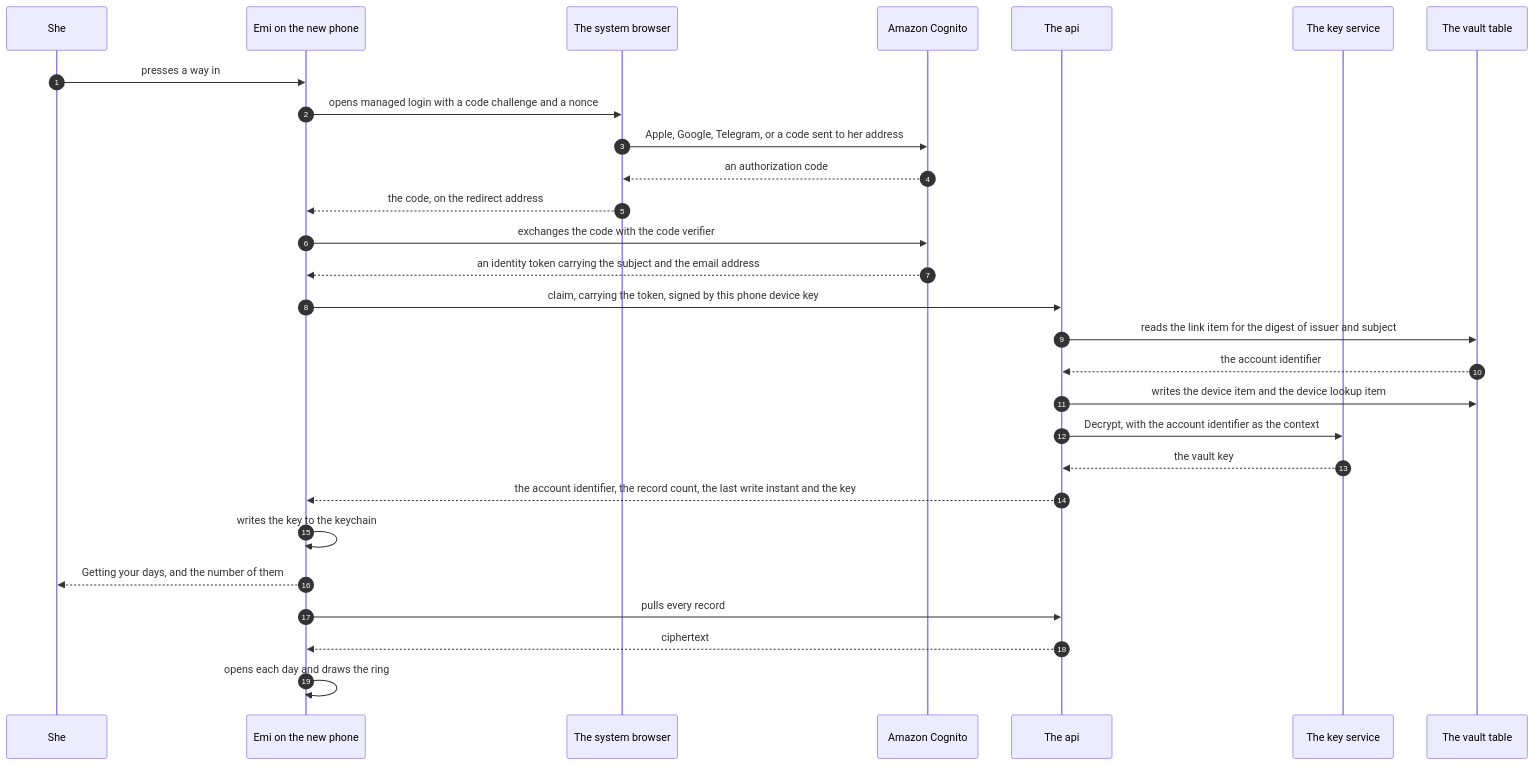
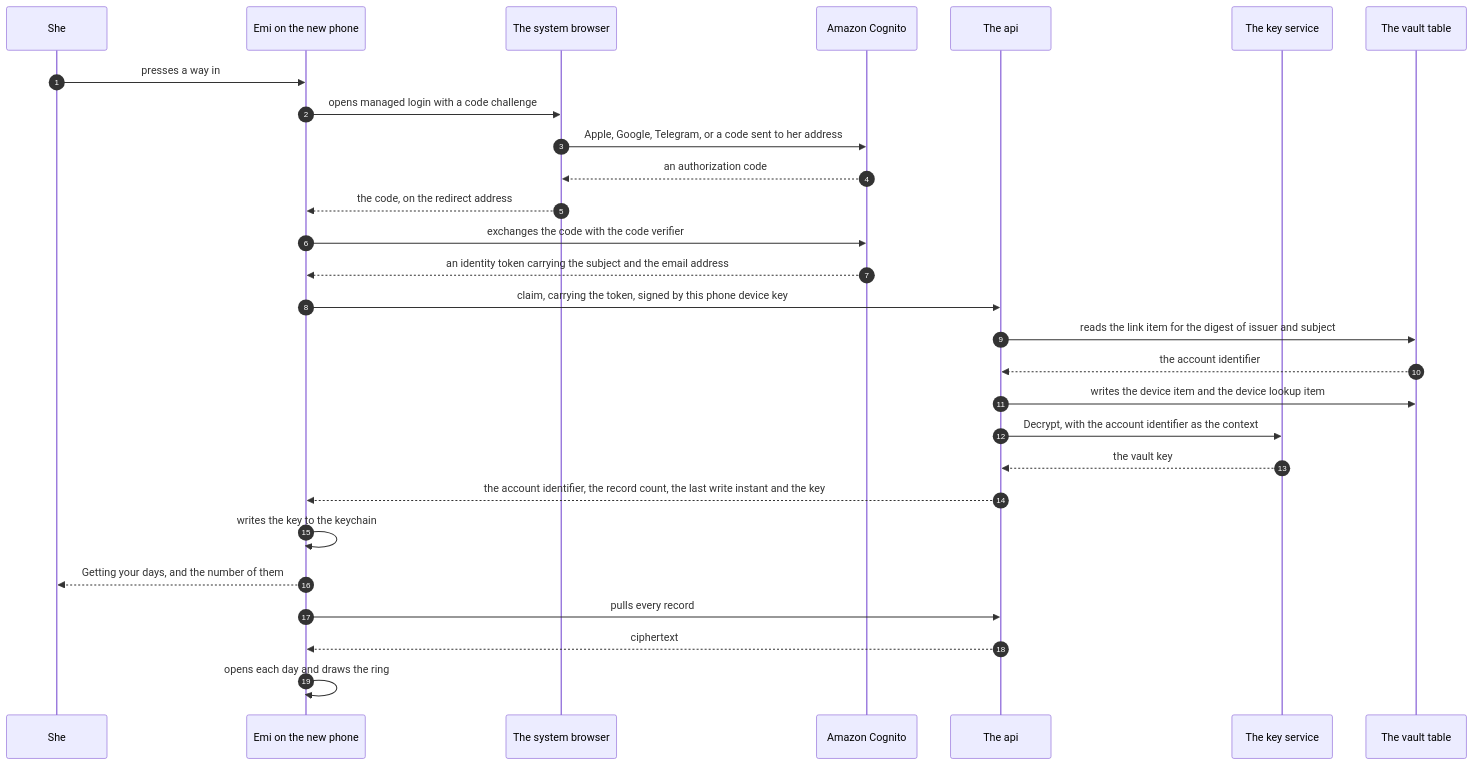
Before and after one commit to atlantic-blue/emi: the fourth of 5 diagrams in docs/design/accounts.md, drawn with Mermaid. The commit also changed other lines of this file and 1 other file, not shown here.

````diff
--- a/docs/design/accounts.md
+++ b/docs/design/accounts.md
@@ -1406,30 +1453,30 @@
 ```mermaid
 sequenceDiagram
   autonumber
   participant W as She
   participant P as Emi on the new phone
   participant B as The system browser
   participant C as Amazon Cognito
   participant A as The api
   participant K as The key service
   participant D as The vault table
   W->>P: presses a way in
-  P->>B: opens managed login with a code challenge and a nonce
+  P->>B: opens managed login with a code challenge
   B->>C: Apple, Google, Telegram, or a code sent to her address
   C-->>B: an authorization code
   B-->>P: the code, on the redirect address
   P->>C: exchanges the code with the code verifier
   C-->>P: an identity token carrying the subject and the email address
   P->>A: claim, carrying the token, signed by this phone device key
   A->>D: reads the link item for the digest of issuer and subject
   D-->>A: the account identifier
   A->>D: writes the device item and the device lookup item
   A->>K: Decrypt, with the account identifier as the context
   K-->>A: the vault key
   A-->>P: the account identifier, the record count, the last write instant and the key
   P->>P: writes the key to the keychain
   P-->>W: Getting your days, and the number of them
   P->>A: pulls every record
   A-->>P: ciphertext
   P->>P: opens each day and draws the ring
 ```
````
